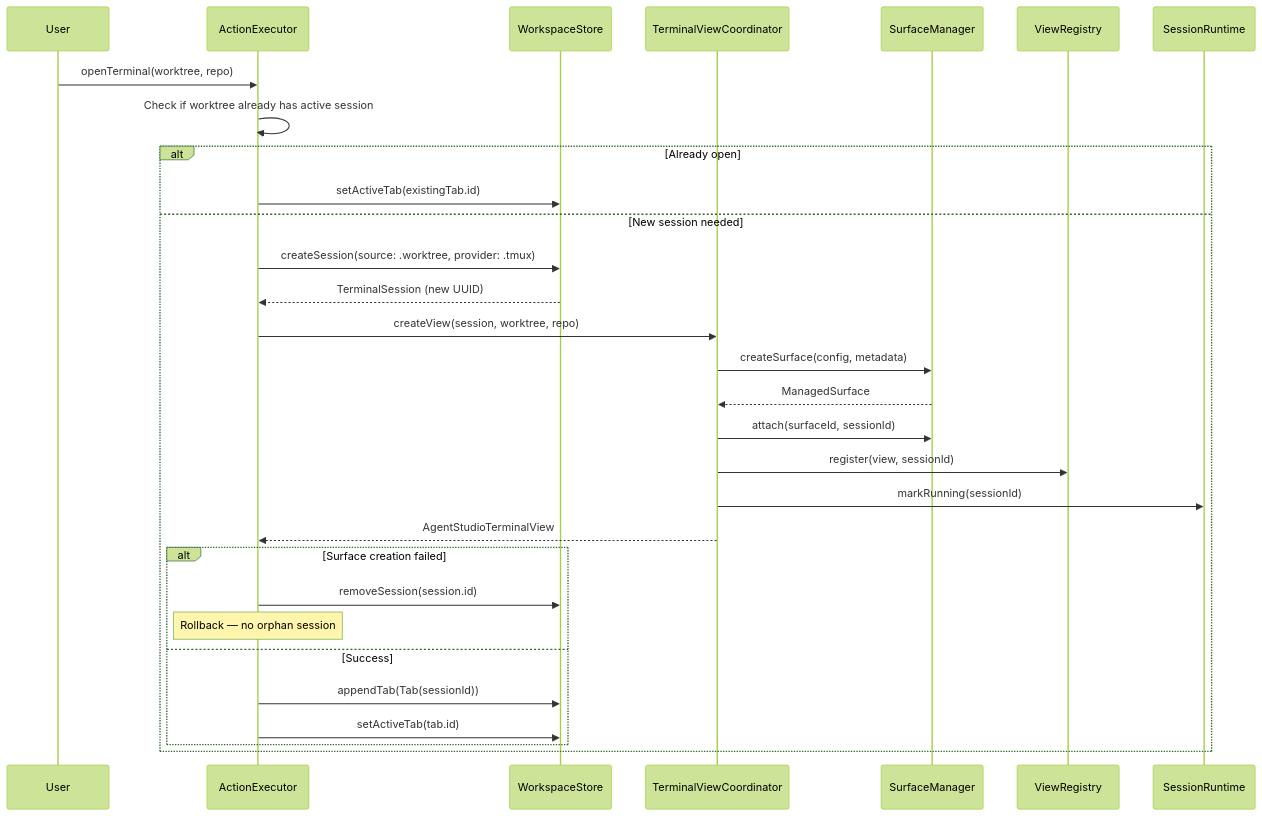
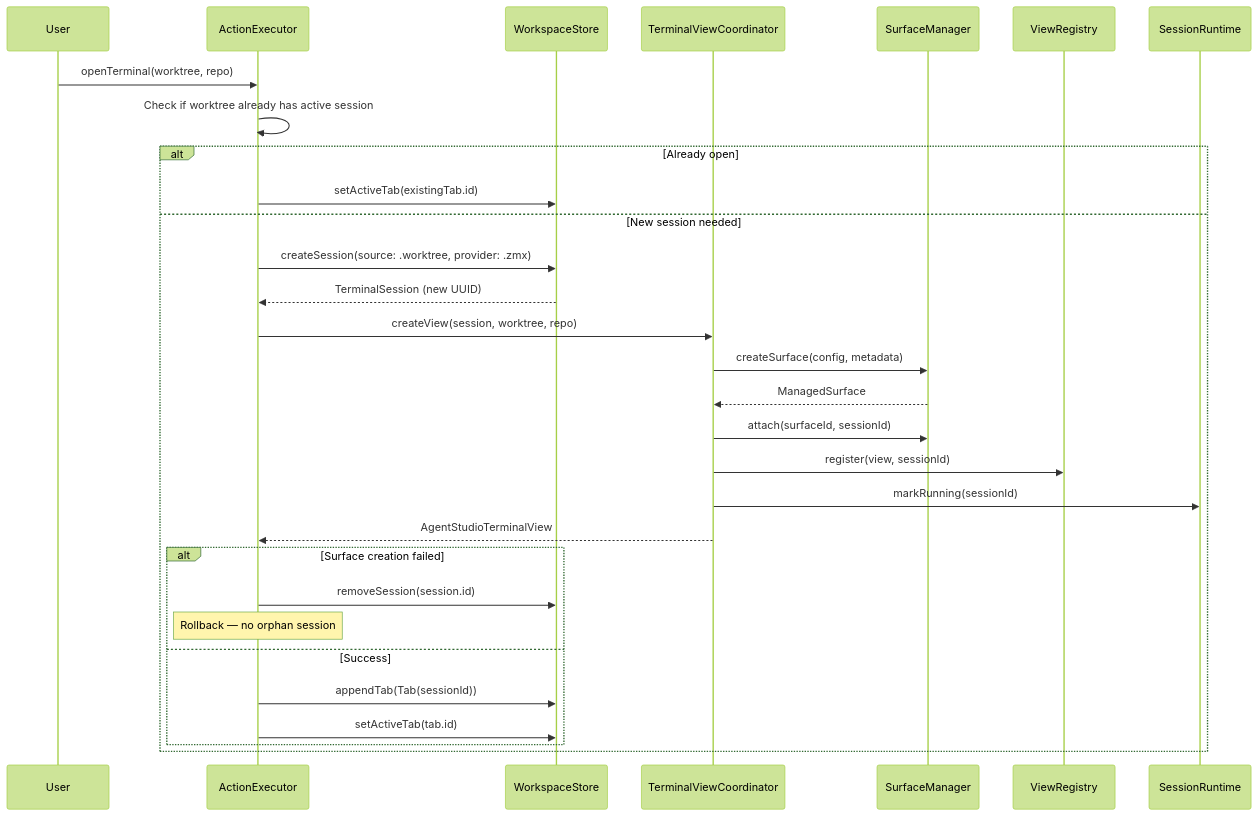
The third of 5 diagrams in docs/architecture/session_lifecycle.md (ShravanSunder/agentstudio), drawn with Mermaid (forest theme) before and after one commit. The commit also changed other lines of this file and 55 other files, not shown here.

````diff
--- a/docs/architecture/session_lifecycle.md
+++ b/docs/architecture/session_lifecycle.md
@@ -81,34 +81,34 @@
 ```mermaid
 sequenceDiagram
     participant User
     participant AE as ActionExecutor
     participant Store as WorkspaceStore
     participant Coord as TerminalViewCoordinator
     participant SM as SurfaceManager
     participant VR as ViewRegistry
     participant RT as SessionRuntime
 
     User->>AE: openTerminal(worktree, repo)
     AE->>AE: Check if worktree already has active session
     alt Already open
         AE->>Store: setActiveTab(existingTab.id)
     else New session needed
-        AE->>Store: createSession(source: .worktree, provider: .tmux)
+        AE->>Store: createSession(source: .worktree, provider: .zmx)
         Store-->>AE: TerminalSession (new UUID)
         AE->>Coord: createView(session, worktree, repo)
         Coord->>SM: createSurface(config, metadata)
         SM-->>Coord: ManagedSurface
         Coord->>SM: attach(surfaceId, sessionId)
         Coord->>VR: register(view, sessionId)
         Coord->>RT: markRunning(sessionId)
         Coord-->>AE: AgentStudioTerminalView
 
         alt Surface creation failed
             AE->>Store: removeSession(session.id)
             Note over AE: Rollback — no orphan session
         else Success
             AE->>Store: appendTab(Tab(sessionId))
             AE->>Store: setActiveTab(tab.id)
         end
     end
 ```
````
